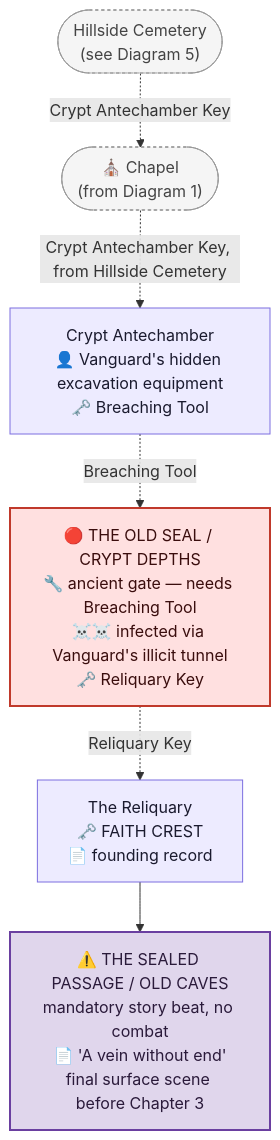
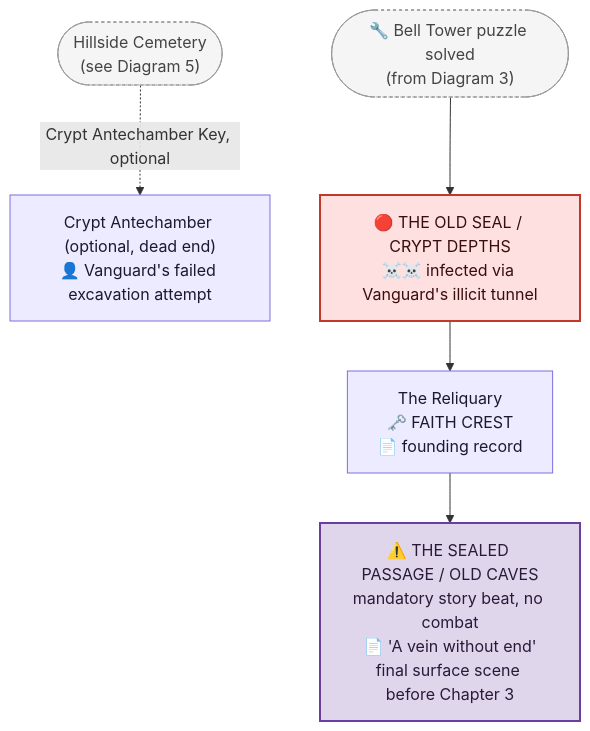
One commit to GIToez/Deadlock-Design changed the fourth of 5 diagrams in DESIGN/Locations/Monastery.md. Above: the diagram before and after it, drawn with Mermaid. The commit also changed other lines of this file and 5 other files, not shown here.

Commit message:
Refine puzzle designs: vary district opening rhythm, integrate Foundry rooms into casting line, redundant Academy clues, aggressive Monastery key cleanup, rebalance Police Station keys as optional

````diff
--- a/DESIGN/Locations/Monastery.md
+++ b/DESIGN/Locations/Monastery.md
@@ -554,23 +567,21 @@
 ```mermaid
 flowchart TD
-    CHAPELREF3(["⛪ Chapel<br/>(from Diagram 1)"])
+    BELLREF(["🔧 Bell Tower puzzle solved<br/>(from Diagram 3)"])
     CEMETERYREF(["Hillside Cemetery<br/>(see Diagram 5)"])
-    ANTECHAMBER["Crypt Antechamber<br/>👤 Vanguard's hidden excavation equipment<br/>🗝️ Breaching Tool"]
-    OLDSEAL["🔴 THE OLD SEAL / CRYPT DEPTHS<br/>🔧 ancient gate — needs Breaching Tool<br/>☠️☠️ infected via Vanguard's illicit tunnel<br/>🗝️ Reliquary Key"]
+    ANTECHAMBER["Crypt Antechamber (optional, dead end)<br/>👤 Vanguard's failed excavation attempt"]
+    OLDSEAL["🔴 THE OLD SEAL / CRYPT DEPTHS<br/>☠️☠️ infected via Vanguard's illicit tunnel"]
     RELIQUARY["The Reliquary<br/>🗝️ FAITH CREST<br/>📄 founding record"]
     SEALEDPASSAGE["⚠️ THE SEALED PASSAGE / OLD CAVES<br/>mandatory story beat, no combat<br/>📄 'A vein without end'<br/>final surface scene before Chapter 3"]
 
-    CEMETERYREF -. Crypt Antechamber Key .-> CHAPELREF3
-    CHAPELREF3 -. Crypt Antechamber Key, from Hillside Cemetery .-> ANTECHAMBER
-    ANTECHAMBER -. Breaching Tool .-> OLDSEAL
-    OLDSEAL -. Reliquary Key .-> RELIQUARY --> SEALEDPASSAGE
+    CEMETERYREF -. Crypt Antechamber Key, optional .-> ANTECHAMBER
+    BELLREF --> OLDSEAL --> RELIQUARY --> SEALEDPASSAGE
 
     classDef room fill:#EDEBFF,stroke:#7C6EE0,color:#1a1a2e
     classDef boss fill:#FFE0E0,stroke:#C0392B,color:#3a0d0d,stroke-width:2px
     classDef ref fill:#F5F5F5,stroke:#999999,color:#444444,stroke-dasharray:3 3
     classDef vanguard fill:#E0D6EC,stroke:#6A3FA0,color:#2a1a3a,stroke-width:2px
-    class CHAPELREF3,CEMETERYREF ref
+    class BELLREF,CEMETERYREF ref
     class ANTECHAMBER,RELIQUARY room
     class OLDSEAL boss
     class SEALEDPASSAGE vanguard
 ```
````
